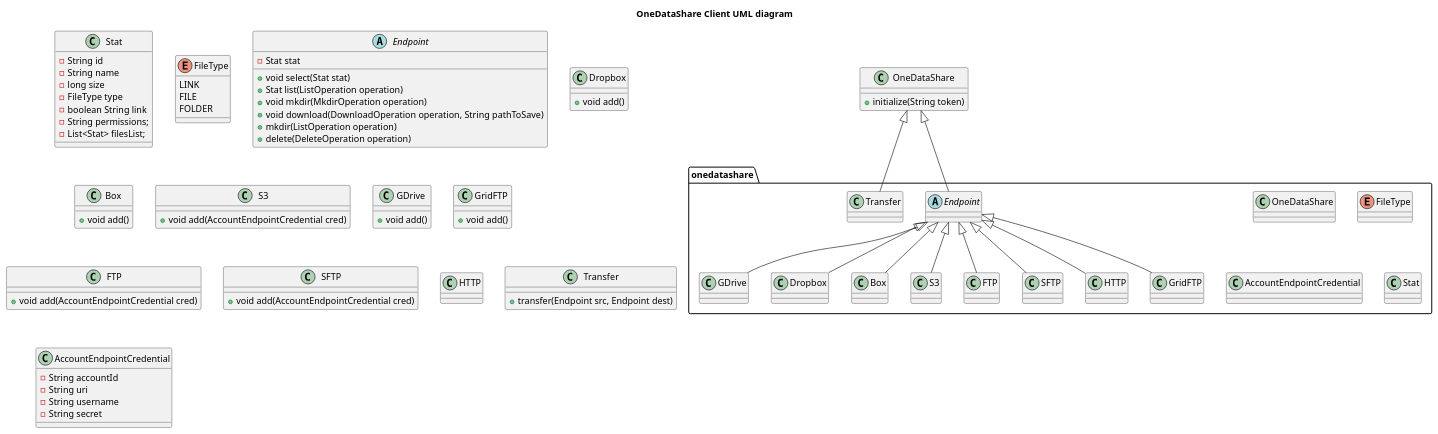
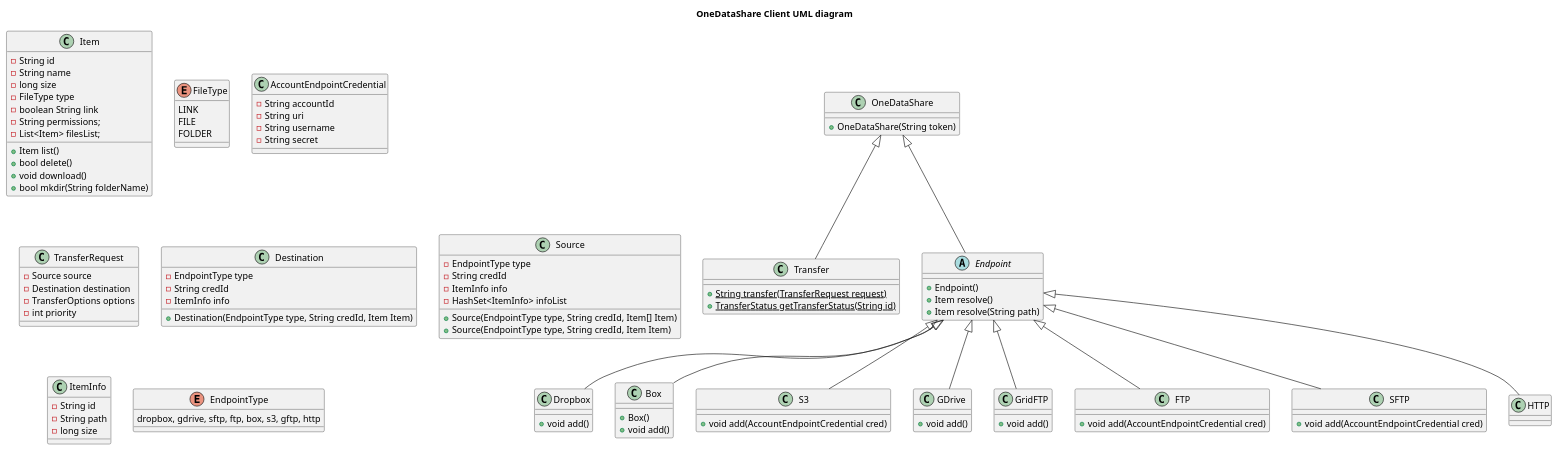
One commit to didclab/onedatashare changed the diagram in src/main/java/org/onedatashare/server/controller/endpoint/entity.puml. Above: the diagram before and after it, drawn with PlantUML. The commit also changed 6 other files, not shown here.

```diff
--- a/src/main/java/org/onedatashare/server/controller/endpoint/entity.puml
+++ b/src/main/java/org/onedatashare/server/controller/endpoint/entity.puml
@@ -1,108 +1,147 @@
 @startuml
 
 title OneDataShare Client UML diagram
 
-package "onedatashare" {
-class OneDataShare
-abstract class Endpoint
-class GDrive
-class Dropbox
-class Box
-class S3
-class FTP
-class SFTP
-class HTTP
-class GridFTP
+'package "onedatashare" {
+'class OneDataShare
+'abstract class Endpoint
+'class GDrive
+'class Dropbox
+'class Box
+'class S3
+'class FTP
+'class SFTP
+'class HTTP
+'class GridFTP
+'
+'class ListOperation
+'class MkdirOperation
+'class DeleteOperation
+'class DownloadOperation
 
+'class Transfer
+'enum FileType
+'class AccountEndpointCredential
+'class Item
+'}
 
-class Transfer
-
-enum FileType
-class AccountEndpointCredential
-class Stat
+class OneDataShare{
++ OneDataShare(String token)
 }
 
-class OneDataShare{
-+ initialize(String token)
-}
-
+OneDataShare <|-- Transfer
 OneDataShare <|-- Endpoint
-OneDataShare <|-- Transfer
 Endpoint <|-- Dropbox
 Endpoint <|-- Box
 Endpoint <|-- S3
 Endpoint <|-- GDrive
 Endpoint <|-- GridFTP
 Endpoint <|-- FTP
 Endpoint <|-- SFTP
 Endpoint <|-- HTTP
 
-class Stat{
+class Item{
 - String id
 - String name
 - long size
 - FileType type
 - boolean String link
 - String permissions;
-- List<Stat> filesList;
+- List<Item> filesList;
++ Item list()
++ bool delete()
++ void download()
++ bool mkdir(String folderName)
 }
 
 enum FileType{
 LINK
 FILE
 FOLDER
 }
 
+class Transfer{
++ {static} String transfer(TransferRequest request)
++ {static} TransferStatus getTransferStatus(String id)
+}
+
 abstract class Endpoint{
-- Stat stat
-+ void select(Stat stat)
-+ Stat list(ListOperation operation)
-+ void mkdir(MkdirOperation operation)
-+ void download(DownloadOperation operation, String pathToSave)
-+ mkdir(ListOperation operation)
-+ delete(DeleteOperation operation)
++ Endpoint()
++ Item resolve()
++ Item resolve(String path)
 }
 
 class Dropbox{
 + void add()
 }
 
 class Box{
++ Box()
 + void add()
 }
 
 class S3{
 + void add(AccountEndpointCredential cred)
 }
 
 class GDrive{
 + void add()
 }
 
 class GridFTP{
 + void add()
 }
 
 class FTP{
 + void add(AccountEndpointCredential cred)
 }
 
 class SFTP{
 + void add(AccountEndpointCredential cred)
 }
 
 class HTTP{
 }
 
-class Transfer{
-+ transfer(Endpoint src, Endpoint dest)
-}
-
 class AccountEndpointCredential{
 - String accountId
 - String uri
 - String username
 - String secret
 }
 
+class TransferRequest{
+- Source source
+- Destination destination
+- TransferOptions options
+- int priority
+}
+
+class Destination {
+- EndpointType type
+- String credId
+- ItemInfo info
++ Destination(EndpointType type, String credId, Item Item)
+}
+
+class Source {
+- EndpointType type
+- String credId
+- ItemInfo info
+- HashSet<ItemInfo> infoList
++ Source(EndpointType type, String credId, Item[] Item)
++ Source(EndpointType type, String credId, Item Item)
+}
+
+class ItemInfo {
+- String id
+- String path
+- long size
+}
+
+enum EndpointType {
+    dropbox, gdrive, sftp, ftp, box, s3, gftp, http
+}
+
+
 @enduml
```
